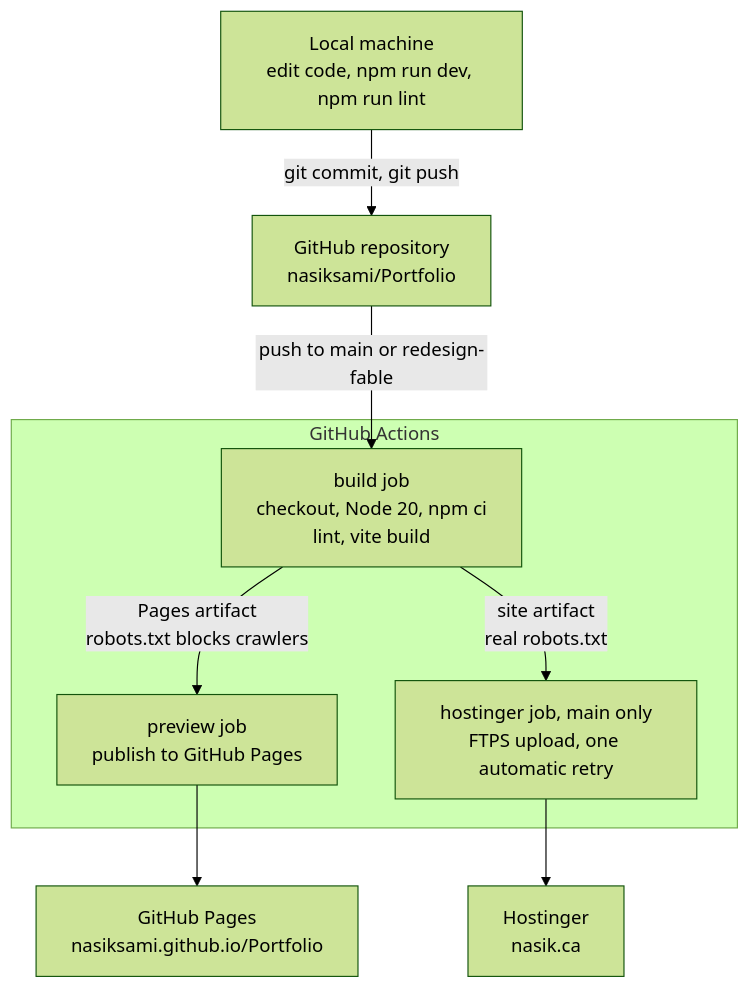
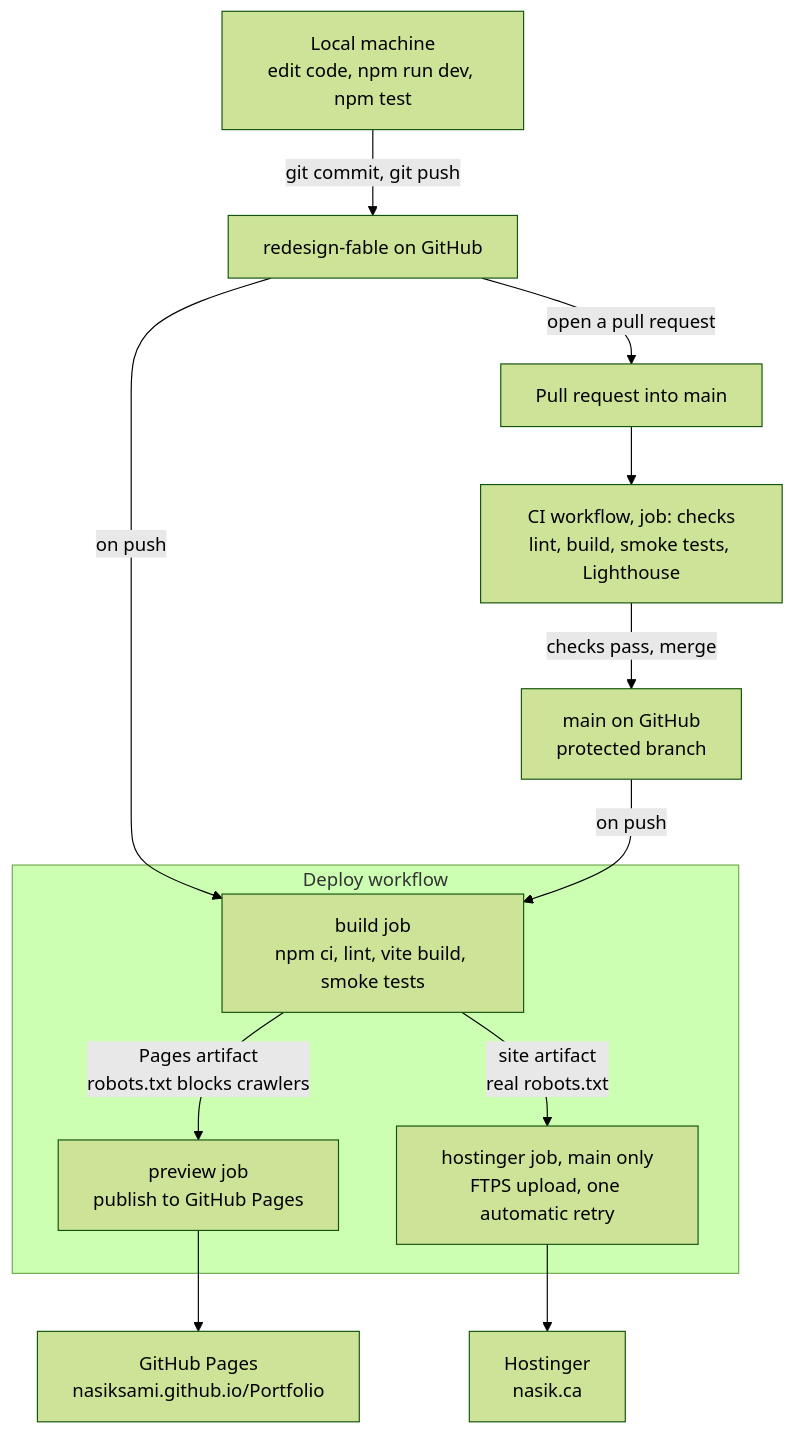
Before and after one commit to nasiksami/Portfolio: the second of 3 diagrams in README.md, drawn with Mermaid (forest theme). The commit also changed other lines of this file and 8 other files, not shown here.

First line of the commit message:
ci: smoke tests and Lighthouse, and a pull-request check for main

````diff
--- a/README.md
+++ b/README.md
@@ -86,19 +87,27 @@
 ```mermaid
 flowchart TD
-    dev["Local machine<br/>edit code, npm run dev, npm run lint"]
-    repo["GitHub repository<br/>nasiksami/Portfolio"]
+    dev["Local machine<br/>edit code, npm run dev, npm test"]
+    branch["redesign-fable on GitHub"]
+    pr["Pull request into main"]
+    ci["CI workflow, job: checks<br/>lint, build, smoke tests, Lighthouse"]
+    main["main on GitHub<br/>protected branch"]
 
-    dev -->|"git commit, git push"| repo
-    repo -->|"push to main or redesign-fable"| build
+    dev -->|"git commit, git push"| branch
+    branch -->|"open a pull request"| pr
+    pr --> ci
+    ci -->|"checks pass, merge"| main
 
-    subgraph actions["GitHub Actions"]
-        build["build job<br/>checkout, Node 20, npm ci<br/>lint, vite build"]
+    subgraph actions["Deploy workflow"]
+        build["build job<br/>npm ci, lint, vite build, smoke tests"]
         preview["preview job<br/>publish to GitHub Pages"]
         hostinger["hostinger job, main only<br/>FTPS upload, one automatic retry"]
         build -->|"Pages artifact<br/>robots.txt blocks crawlers"| preview
         build -->|"site artifact<br/>real robots.txt"| hostinger
     end
 
+    branch -->|"on push"| build
+    main -->|"on push"| build
+
     preview --> pages["GitHub Pages<br/>nasiksami.github.io/Portfolio"]
     hostinger --> live["Hostinger<br/>nasik.ca"]
 ```
````
